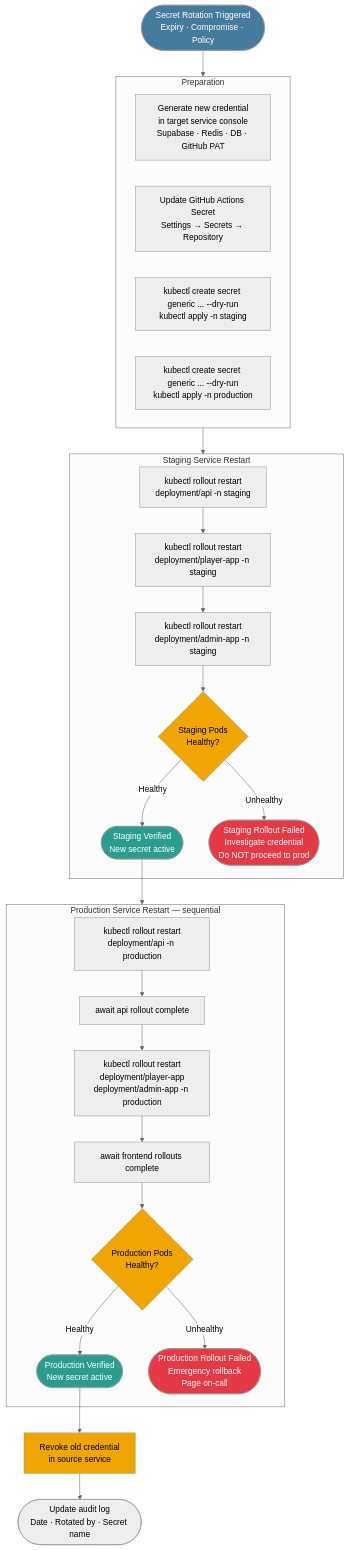
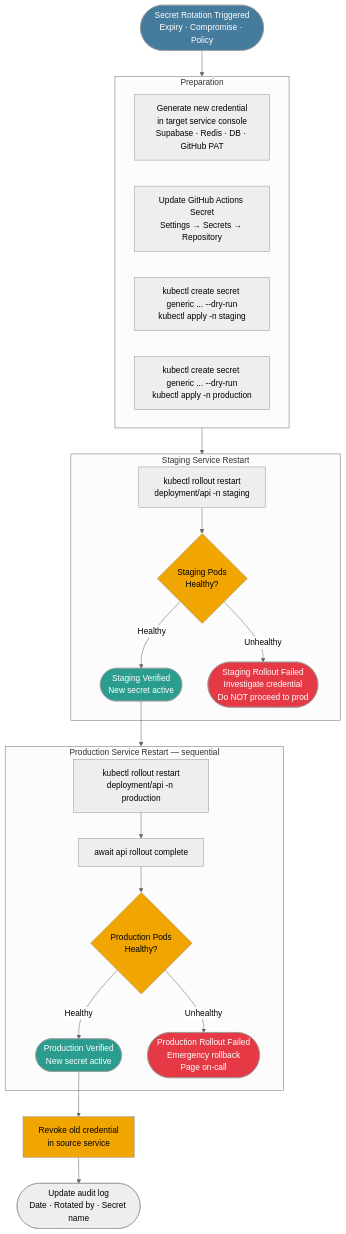
Before and after one commit to ibalasite/pet: the third of 3 diagrams in docs/diagrams/cicd-secrets-rotation.md, drawn with Mermaid (neutral theme). The commit also changed other lines of this file and 1 other file, not shown here.

Commit message:
docs(gendoc)[UML-CICD]: review-r2 — fix api build arg, remove frontend pod restart from rotation flow, add REDIS_URL_STAGING to secret inventory

````diff
--- a/docs/diagrams/cicd-secrets-rotation.md
+++ b/docs/diagrams/cicd-secrets-rotation.md
@@ -86,59 +87,51 @@
 ```mermaid
 flowchart TD
     DETECT([Secret Rotation Triggered\nExpiry · Compromise · Policy])
 
     subgraph PREP [Preparation]
         GEN_NEW[Generate new credential\nin target service console\nSupabase · Redis · DB · GitHub PAT]
         UPDATE_GH[Update GitHub Actions Secret\nSettings → Secrets → Repository]
         UPDATE_K8S_STG[kubectl create secret generic ... --dry-run\nkubectl apply -n staging]
         UPDATE_K8S_PROD[kubectl create secret generic ... --dry-run\nkubectl apply -n production]
     end
 
     subgraph RESTART_STG [Staging Service Restart]
         ROLLOUT_API_STG[kubectl rollout restart\ndeployment/api -n staging]
-        ROLLOUT_PLAYER_STG[kubectl rollout restart\ndeployment/player-app -n staging]
-        ROLLOUT_ADMIN_STG[kubectl rollout restart\ndeployment/admin-app -n staging]
         HEALTH_STG{Staging Pods\nHealthy?}
         STG_OK([Staging Verified\nNew secret active])
         STG_FAIL([Staging Rollout Failed\nInvestigate credential\nDo NOT proceed to prod])
     end
 
     subgraph RESTART_PROD [Production Service Restart — sequential]
         ROLLOUT_API_PROD[kubectl rollout restart\ndeployment/api -n production]
         WAIT_API_PROD[await api rollout complete]
-        ROLLOUT_FRONTENDS_PROD[kubectl rollout restart\ndeployment/player-app\ndeployment/admin-app -n production]
-        WAIT_FRONTENDS_PROD[await frontend rollouts complete]
         HEALTH_PROD{Production Pods\nHealthy?}
         PROD_OK([Production Verified\nNew secret active])
         PROD_FAIL([Production Rollout Failed\nEmergency rollback\nPage on-call])
     end
 
     REVOKE_OLD[Revoke old credential\nin source service]
     AUDIT_LOG([Update audit log\nDate · Rotated by · Secret name])
 
     DETECT --> PREP
     PREP --> RESTART_STG
-    ROLLOUT_API_STG --> ROLLOUT_PLAYER_STG
-    ROLLOUT_PLAYER_STG --> ROLLOUT_ADMIN_STG
-    ROLLOUT_ADMIN_STG --> HEALTH_STG
+    ROLLOUT_API_STG --> HEALTH_STG
     HEALTH_STG -- Healthy --> STG_OK
     HEALTH_STG -- Unhealthy --> STG_FAIL
     STG_OK --> RESTART_PROD
     ROLLOUT_API_PROD --> WAIT_API_PROD
-    WAIT_API_PROD --> ROLLOUT_FRONTENDS_PROD
-    ROLLOUT_FRONTENDS_PROD --> WAIT_FRONTENDS_PROD
-    WAIT_FRONTENDS_PROD --> HEALTH_PROD
+    WAIT_API_PROD --> HEALTH_PROD
     HEALTH_PROD -- Healthy --> PROD_OK
     HEALTH_PROD -- Unhealthy --> PROD_FAIL
     PROD_OK --> REVOKE_OLD
     REVOKE_OLD --> AUDIT_LOG
 
     style DETECT fill:#457b9d,color:#fff
     style STG_FAIL fill:#e63946,color:#fff
     style PROD_FAIL fill:#e63946,color:#fff
     style STG_OK fill:#2a9d8f,color:#fff
     style PROD_OK fill:#2a9d8f,color:#fff
     style REVOKE_OLD fill:#f0a500,color:#000
     style HEALTH_STG fill:#f0a500,color:#000
     style HEALTH_PROD fill:#f0a500,color:#000
 ```
````
